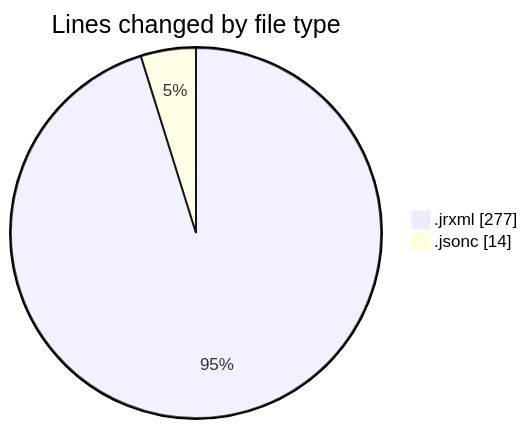
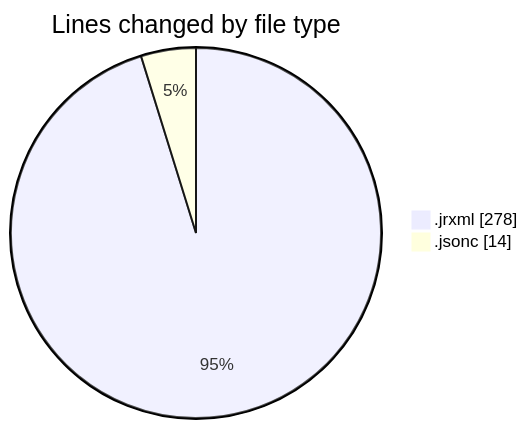
One commit to ricardozamudiocil/code-tracking changed the first of 2 diagrams in 2026-07-09/cilreports__workspace_/README.md. Above: the diagram before and after it, drawn with Mermaid. The commit also changed other lines of this file and 1 other file, not shown here.

````diff
--- a/2026-07-09/cilreports__workspace_/README.md
+++ b/2026-07-09/cilreports__workspace_/README.md
@@ -21,6 +21,6 @@
 ```mermaid
 pie showData
 title Lines changed by file type
-".jrxml" : 277
+".jrxml" : 278
 ".jsonc" : 14
 ```
````
